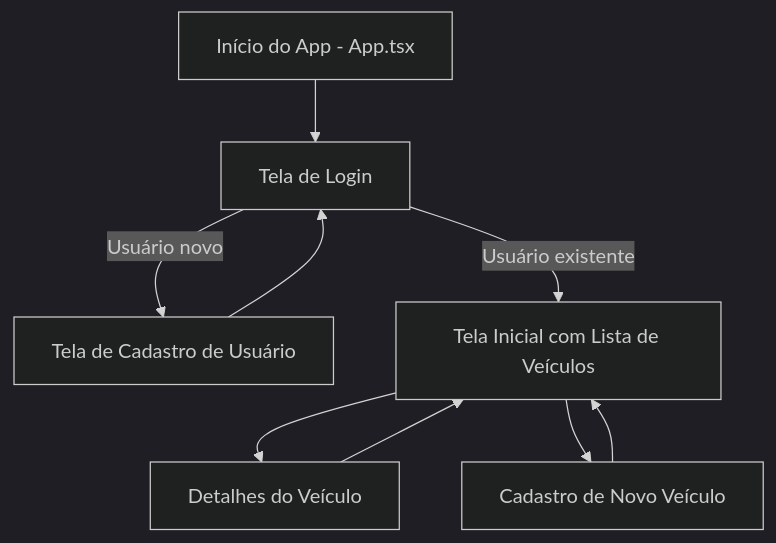
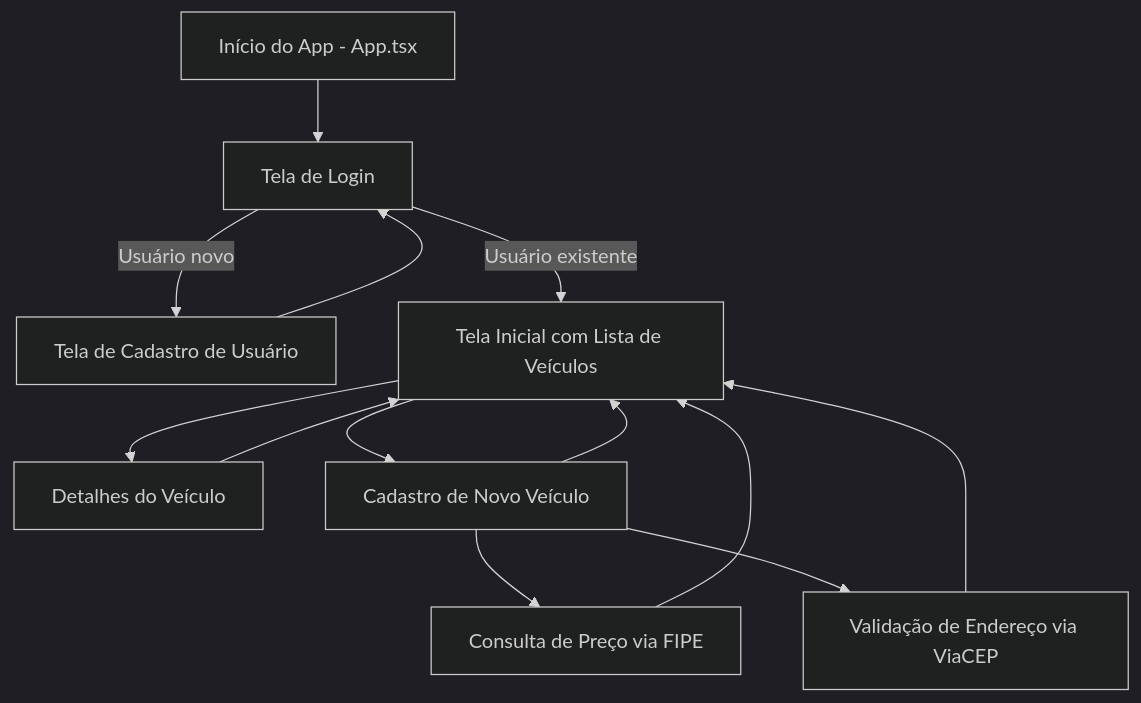
Before and after one commit to Tteumelo/KarsIV: the diagram in README.md, drawn with Mermaid (dark theme). The commit also changed other lines of this file, not shown here.

````diff
--- a/README.md
+++ b/README.md
@@ -107,11 +109,15 @@
 ```mermaid
 flowchart TD
     A[Início do App - App.tsx] --> B[Tela de Login]
     B -->|Usuário novo| C[Tela de Cadastro de Usuário]
     B -->|Usuário existente| D[Tela Inicial com Lista de Veículos]
     C --> B
     D --> E[Detalhes do Veículo]
     D --> F[Cadastro de Novo Veículo]
+    F --> G[Consulta de Preço via FIPE]
+    F --> H[Validação de Endereço via ViaCEP]
+    G --> D
+    H --> D
     E --> D
     F --> D
 ```
````
